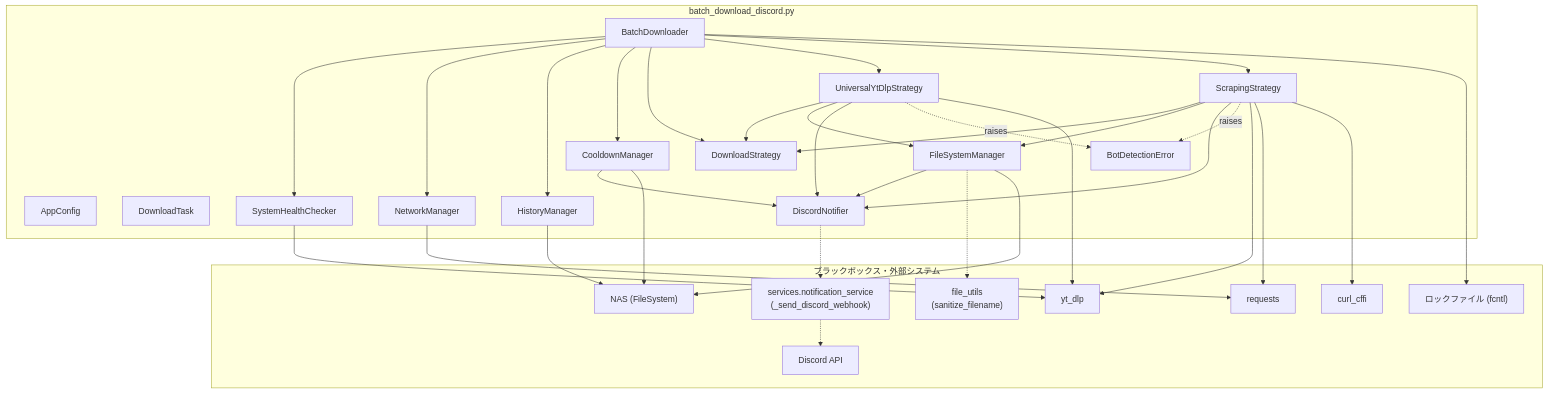
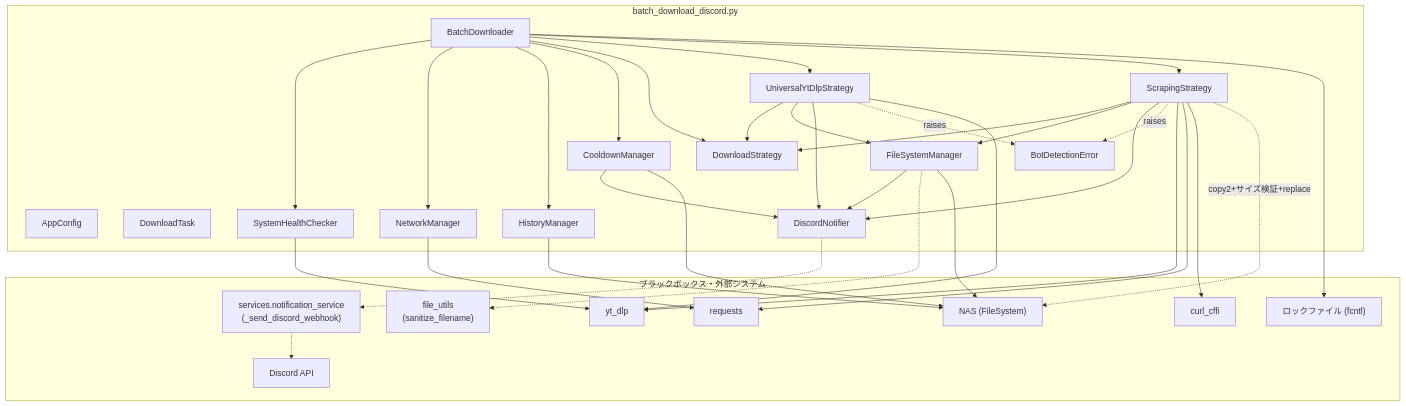
The second of 2 diagrams in docs/specifications/DDD/batch_download_discord.md (mmtigers/my_python_project), drawn with Mermaid before and after one commit. The commit also changed other lines of this file and 1 other file, not shown here.

````diff
--- a/docs/specifications/DDD/batch_download_discord.md
+++ b/docs/specifications/DDD/batch_download_discord.md
@@ -897,62 +946,63 @@
 ```mermaid
 flowchart TD
     subgraph SubBatchDownload["batch_download_discord.py"]
         AppConfig
         DownloadTask
         BotDetectionError
         BatchDownloader
         DiscordNotifier
         HistoryManager
         CooldownManager
         NetworkManager
         FileSystemManager
         SystemHealthChecker
         DownloadStrategy
         UniversalYtDlpStrategy
         ScrapingStrategy
 
         BatchDownloader --> SystemHealthChecker
         BatchDownloader --> NetworkManager
         BatchDownloader --> HistoryManager
         BatchDownloader --> CooldownManager
         BatchDownloader --> DownloadStrategy
         BatchDownloader --> UniversalYtDlpStrategy
         BatchDownloader --> ScrapingStrategy
 
         UniversalYtDlpStrategy --> DownloadStrategy
         ScrapingStrategy --> DownloadStrategy
         UniversalYtDlpStrategy --> FileSystemManager
         UniversalYtDlpStrategy --> DiscordNotifier
         UniversalYtDlpStrategy -.->|"raises"| BotDetectionError
         ScrapingStrategy --> FileSystemManager
         ScrapingStrategy --> DiscordNotifier
         ScrapingStrategy -.->|"raises"| BotDetectionError
         FileSystemManager --> DiscordNotifier
         CooldownManager --> DiscordNotifier
     end
 
     subgraph SubBlackBox["ブラックボックス・外部システム"]
         NotificationService["services.notification_service<br>(_send_discord_webhook)"]
         FileUtils["file_utils<br>(sanitize_filename)"]
         YTDLP["yt_dlp"]
         Requests["requests"]
         CurlCffi["curl_cffi"]
         NAS["NAS (FileSystem)"]
         DiscordAPI["Discord API"]
         LockFile["ロックファイル (fcntl)"]
     end
 
     DiscordNotifier -.-> NotificationService
     NotificationService -.-> DiscordAPI
     FileSystemManager -.-> FileUtils
     UniversalYtDlpStrategy --> YTDLP
     ScrapingStrategy --> YTDLP
     SystemHealthChecker --> YTDLP
     NetworkManager --> Requests
     ScrapingStrategy --> Requests
     ScrapingStrategy --> CurlCffi
+    ScrapingStrategy -.->|"copy2+サイズ検証+replace"| NAS
     FileSystemManager --> NAS
     HistoryManager --> NAS
     CooldownManager --> NAS
     BatchDownloader --> LockFile
 ```
````
